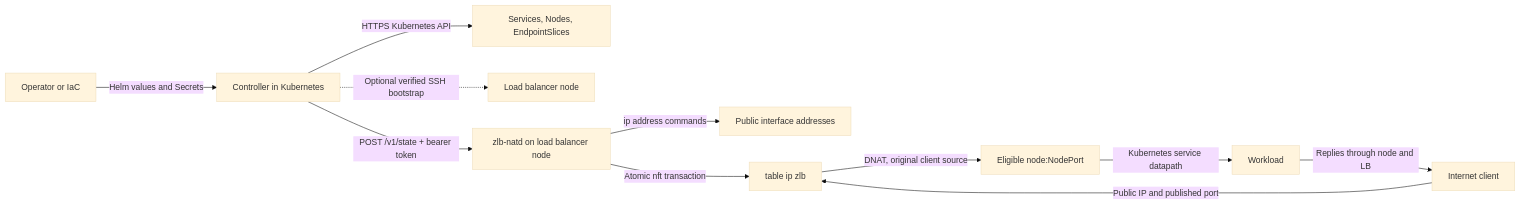
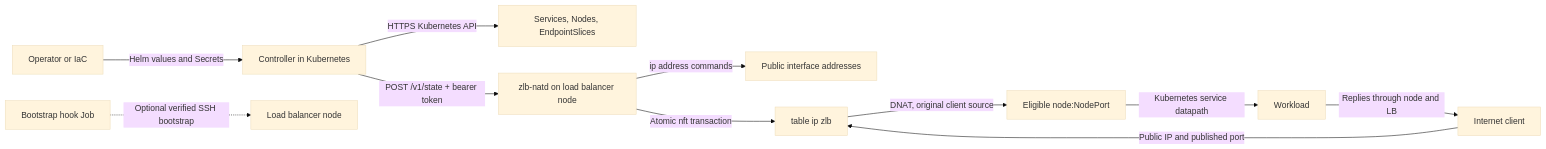
One commit to abexamir/zlb changed the first of 3 diagrams in docs/lifecycle.md. Above: the diagram before and after it, drawn with Mermaid (base theme). The commit also changed other lines of this file and 14 other files, not shown here.

First line of the commit message:
Run SSH bootstrap outside the controller and limit its Service writes

````diff
--- a/docs/lifecycle.md
+++ b/docs/lifecycle.md
@@ -31,13 +31,13 @@
 ```mermaid
 flowchart LR
     Admin[Operator or IaC] -->|Helm values and Secrets| C[Controller in Kubernetes]
     C -->|HTTPS Kubernetes API| K[Services, Nodes, EndpointSlices]
-    C -.->|Optional verified SSH bootstrap| B[Load balancer node]
+    J[Bootstrap hook Job] -.->|Optional verified SSH bootstrap| B[Load balancer node]
     C -->|POST /v1/state + bearer token| D[zlb-natd on load balancer node]
     D -->|ip address commands| A[Public interface addresses]
     D -->|Atomic nft transaction| N[table ip zlb]
     Client[Internet client] -->|Public IP and published port| N
     N -->|DNAT, original client source| Nodes[Eligible node:NodePort]
     Nodes -->|Kubernetes service datapath| Pods[Workload]
     Pods -->|Replies through node and LB| Client
 ```
````
